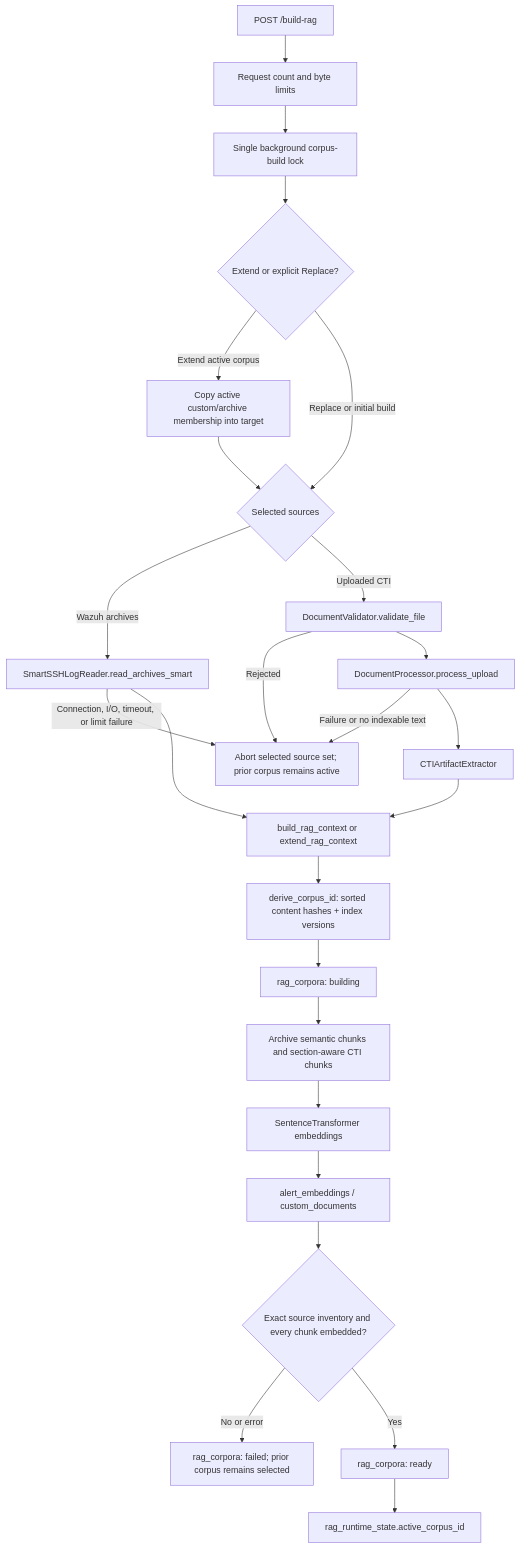
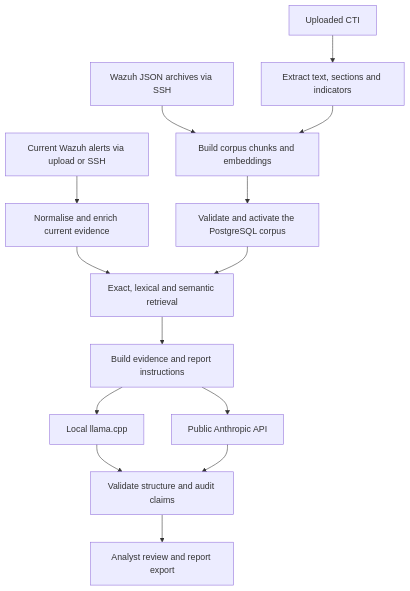
The diagram in docs/rag-architecture.md (Vic1109/ICT2114_Team5), drawn with Mermaid before and after one commit. The commit also changed other lines of this file and 6 other files, not shown here.

````diff
--- a/docs/rag-architecture.md
+++ b/docs/rag-architecture.md
@@ -88,27 +5,16 @@
 ```mermaid
 flowchart TD
-    UI["POST /build-rag"] --> LIMITS["Request count and byte limits"]
-    LIMITS --> LOCK["Single background corpus-build lock"]
-    LOCK --> MODE{"Extend or explicit Replace?"}
-    MODE -->|Extend active corpus| COPY["Copy active custom/archive membership into target"]
-    MODE -->|Replace or initial build| SOURCES{"Selected sources"}
-    COPY --> SOURCES
-    SOURCES -->|Wazuh archives| SSH["SmartSSHLogReader.read_archives_smart"]
-    SOURCES -->|Uploaded CTI| VALIDATE["DocumentValidator.validate_file"]
-    SSH -->|Connection, I/O, timeout, or limit failure| SOURCEFAIL["Abort selected source set; prior corpus remains active"]
-    VALIDATE -->|Rejected| SOURCEFAIL
-    VALIDATE --> EXTRACT["DocumentProcessor.process_upload"]
-    EXTRACT -->|Failure or no indexable text| SOURCEFAIL
-    EXTRACT --> ARTIFACTS["CTIArtifactExtractor"]
-    SSH --> MANIFEST["build_rag_context or extend_rag_context"]
-    ARTIFACTS --> MANIFEST
-    MANIFEST --> ID["derive_corpus_id: sorted content hashes + index versions"]
-    ID --> BUILDING["rag_corpora: building"]
-    BUILDING --> CHUNKS["Archive semantic chunks and section-aware CTI chunks"]
-    CHUNKS --> EMBED["SentenceTransformer embeddings"]
-    EMBED --> STORE["alert_embeddings / custom_documents"]
-    STORE --> VERIFY{"Exact source inventory and every chunk embedded?"}
-    VERIFY -->|No or error| FAILED["rag_corpora: failed; prior corpus remains selected"]
-    VERIFY -->|Yes| READY["rag_corpora: ready"]
-    READY --> ACTIVATE["rag_runtime_state.active_corpus_id"]
+    docs["Uploaded CTI"] --> extract["Extract text, sections and indicators"]
+    archives["Wazuh JSON archives via SSH"] --> chunks["Build corpus chunks and embeddings"]
+    extract --> chunks
+    chunks --> corpus["Validate and activate the PostgreSQL corpus"]
+    alerts["Current Wazuh alerts via upload or SSH"] --> clean["Normalise and enrich current evidence"]
+    clean --> search["Exact, lexical and semantic retrieval"]
+    corpus --> search
+    search --> prompt["Build evidence and report instructions"]
+    prompt --> local["Local llama.cpp"]
+    prompt --> public["Public Anthropic API"]
+    local --> audit["Validate structure and audit claims"]
+    public --> audit
+    audit --> review["Analyst review and report export"]
 ```
````
